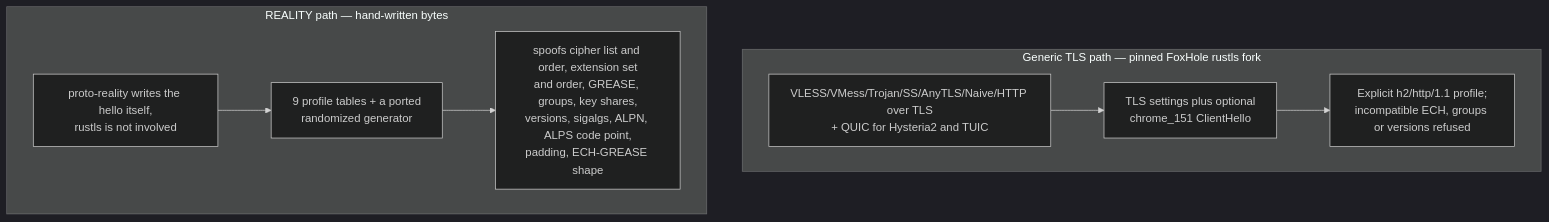
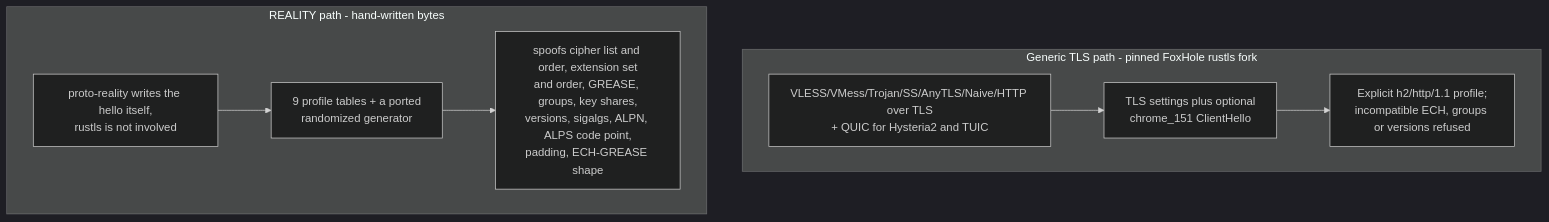
One commit to foxhole-team/foxhole-core changed the fourth of 5 diagrams in docs/architecture/02-cryptography.md. Above: the diagram before and after it, drawn with Mermaid (dark theme). The commit also changed other lines of this file and 51 other files, not shown here.

First line of the commit message:
Release FoxHole Core 1.0.2

````diff
--- a/docs/architecture/02-cryptography.md
+++ b/docs/architecture/02-cryptography.md
@@ -173,13 +173,13 @@
 ```mermaid
 flowchart TD
-    subgraph A["Generic TLS path — pinned FoxHole rustls fork"]
+    subgraph A["Generic TLS path - pinned FoxHole rustls fork"]
         A1["VLESS/VMess/Trojan/SS/AnyTLS/Naive/HTTP over TLS<br/>+ QUIC for Hysteria2 and TUIC"]
         A1 --> A2["TLS settings plus optional<br/>chrome_151 ClientHello"]
         A2 --> A3["Explicit h2/http/1.1 profile;<br/>incompatible ECH, groups or versions refused"]
     end
-    subgraph B["REALITY path — hand-written bytes"]
+    subgraph B["REALITY path - hand-written bytes"]
         B1["proto-reality writes the hello itself,<br/>rustls is not involved"]
         B1 --> B2["9 profile tables + a ported<br/>randomized generator"]
         B2 --> B3["spoofs cipher list and order, extension set<br/>and order, GREASE, groups, key shares,<br/>versions, sigalgs, ALPN, ALPS code point,<br/>padding, ECH-GREASE shape"]
     end
 ```
````
